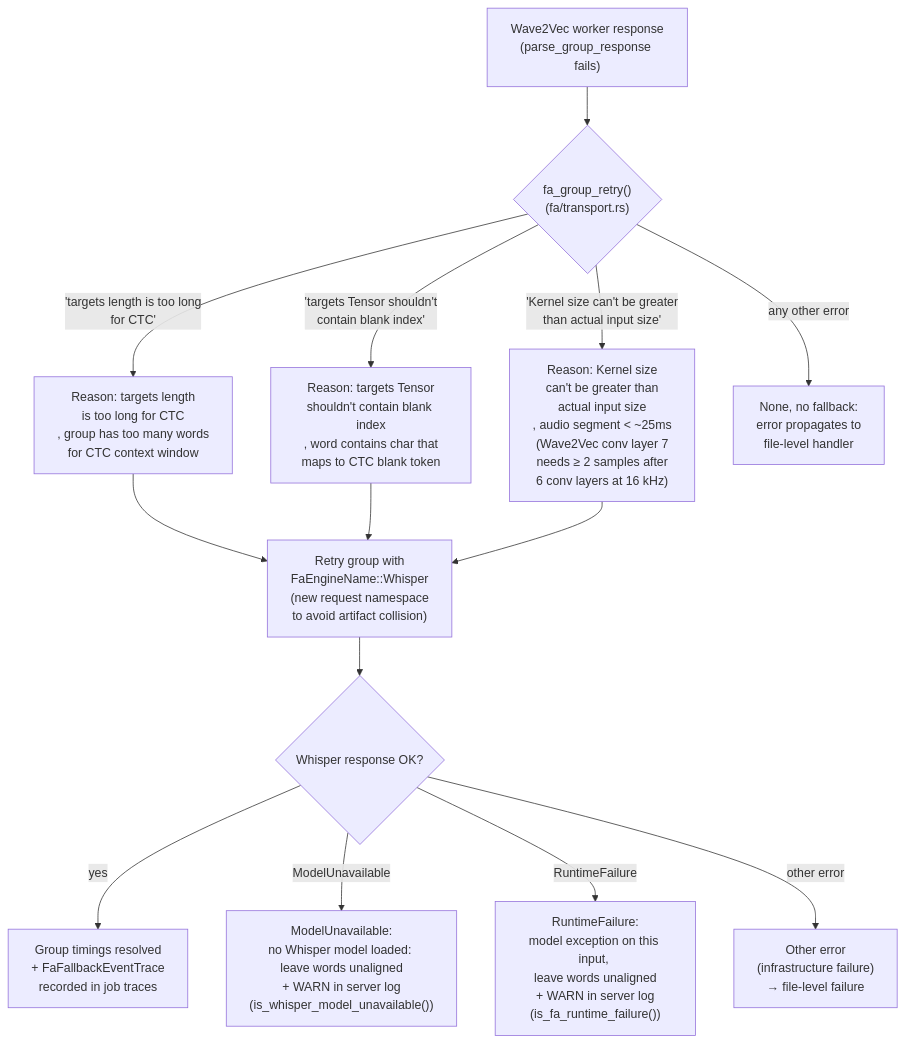
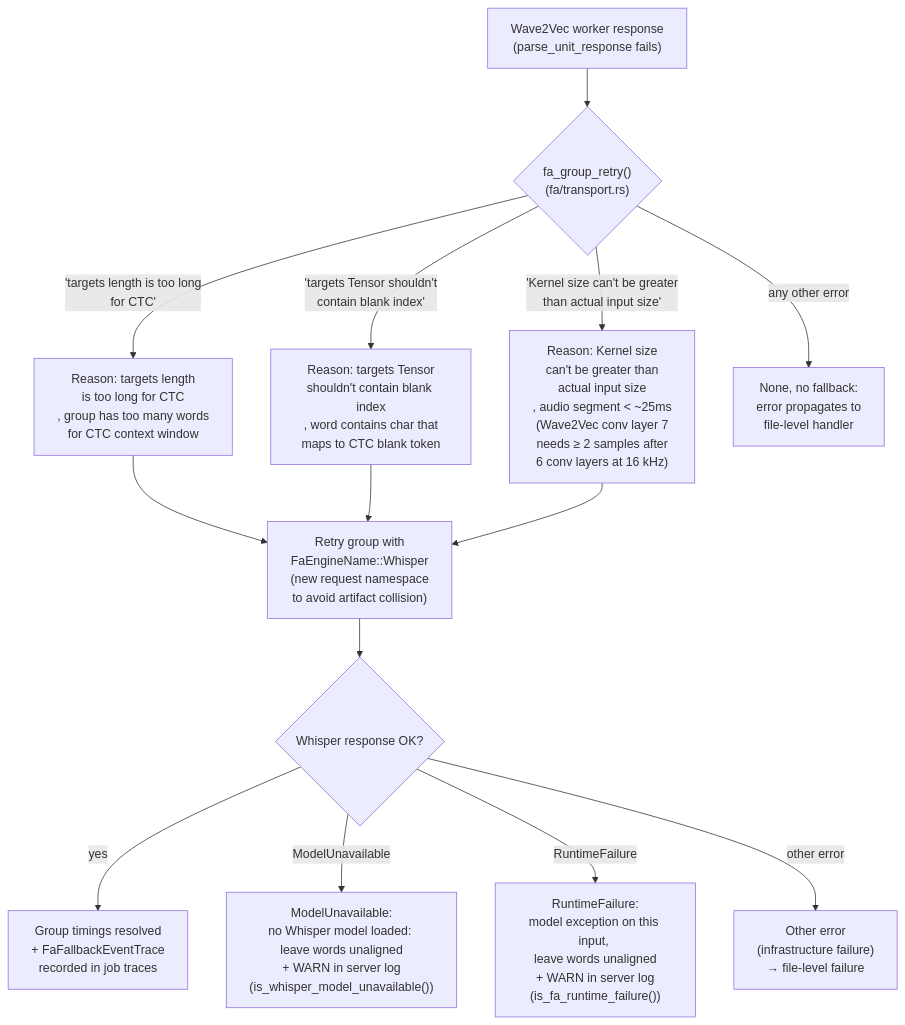
One commit to FranklinChen/talkbank-tools changed the tenth of 15 diagrams in book/src/batchalign/reference/forced-alignment.md. Above: the diagram before and after it, drawn with Mermaid. The commit also changed other lines of this file and 33 other files, not shown here.

````diff
--- a/book/src/batchalign/reference/forced-alignment.md
+++ b/book/src/batchalign/reference/forced-alignment.md
@@ -635,33 +727,33 @@
 ```mermaid
 flowchart TD
-    w2v["Wave2Vec worker response\n(parse_group_response fails)"]
+    w2v["Wave2Vec worker response\n(parse_unit_response fails)"]
     reason{"fa_group_retry()\n(fa/transport.rs)"}
 
     w2v --> reason
 
     r1["Reason: targets length\nis too long for CTC\n, group has too many words\nfor CTC context window"]
     r2["Reason: targets Tensor\nshouldn't contain blank index\n, word contains char that\nmaps to CTC blank token"]
     r3["Reason: Kernel size\ncan't be greater than\nactual input size\n, audio segment &lt; ~25ms\n(Wave2Vec conv layer 7\nneeds ≥ 2 samples after\n6 conv layers at 16 kHz)"]
     none["None, no fallback:\nerror propagates to\nfile-level handler"]
 
     reason -->|"'targets length is too long\nfor CTC'"| r1
     reason -->|"'targets Tensor shouldn't\ncontain blank index'"| r2
     reason -->|"'Kernel size can't be greater\nthan actual input size'"| r3
     reason -->|"any other error"| none
 
     whisper["Retry group with\nFaEngineName::Whisper\n(new request namespace\nto avoid artifact collision)"]
     fallback_ok["Group timings resolved\n+ FaFallbackEventTrace\nrecorded in job traces"]
     fallback_err{"Whisper response OK?"}
     model_unavail_err["ModelUnavailable:\nno Whisper model loaded: \nleave words unaligned\n+ WARN in server log\n(is_whisper_model_unavailable())"]
     runtime_fail_err["RuntimeFailure:\nmodel exception on this input, \nleave words unaligned\n+ WARN in server log\n(is_fa_runtime_failure())"]
     other_whisper_err["Other error\n(infrastructure failure)\n→ file-level failure"]
 
     r1 --> whisper
     r2 --> whisper
     r3 --> whisper
     whisper --> fallback_err
     fallback_err -->|"yes"| fallback_ok
     fallback_err -->|"ModelUnavailable"| model_unavail_err
     fallback_err -->|"RuntimeFailure"| runtime_fail_err
     fallback_err -->|"other error"| other_whisper_err
 ```
````
